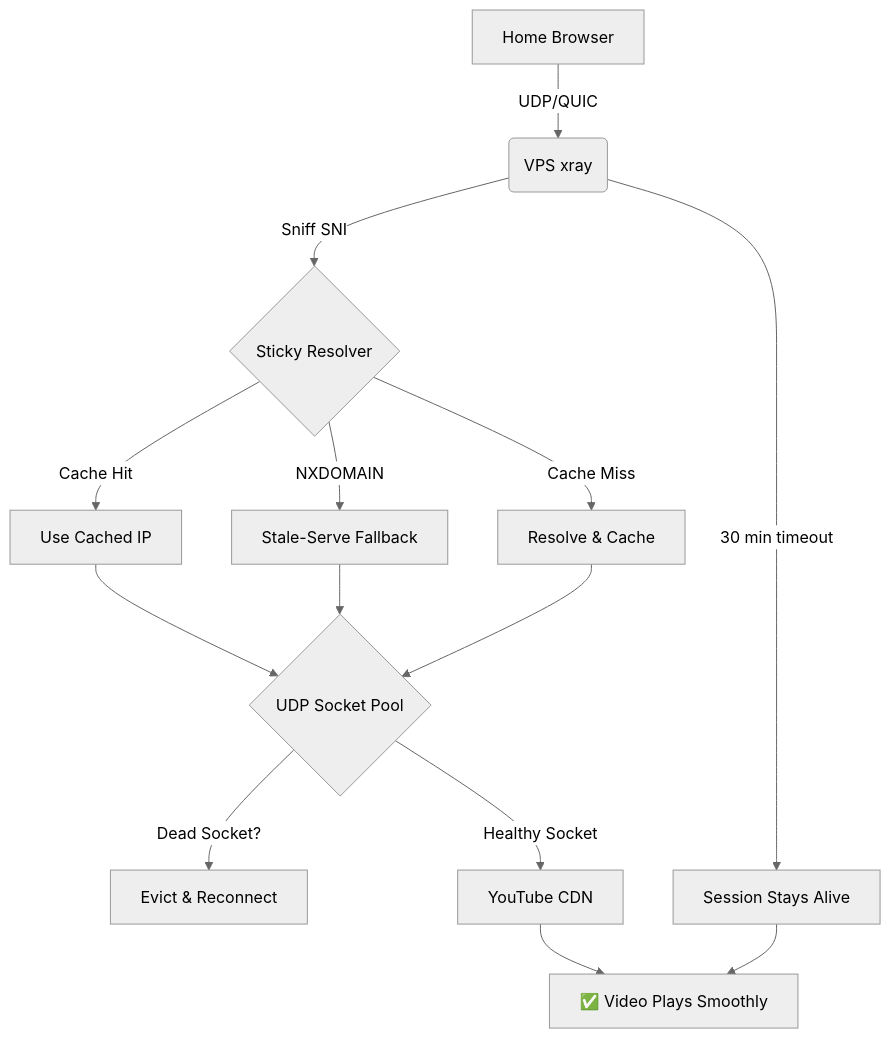
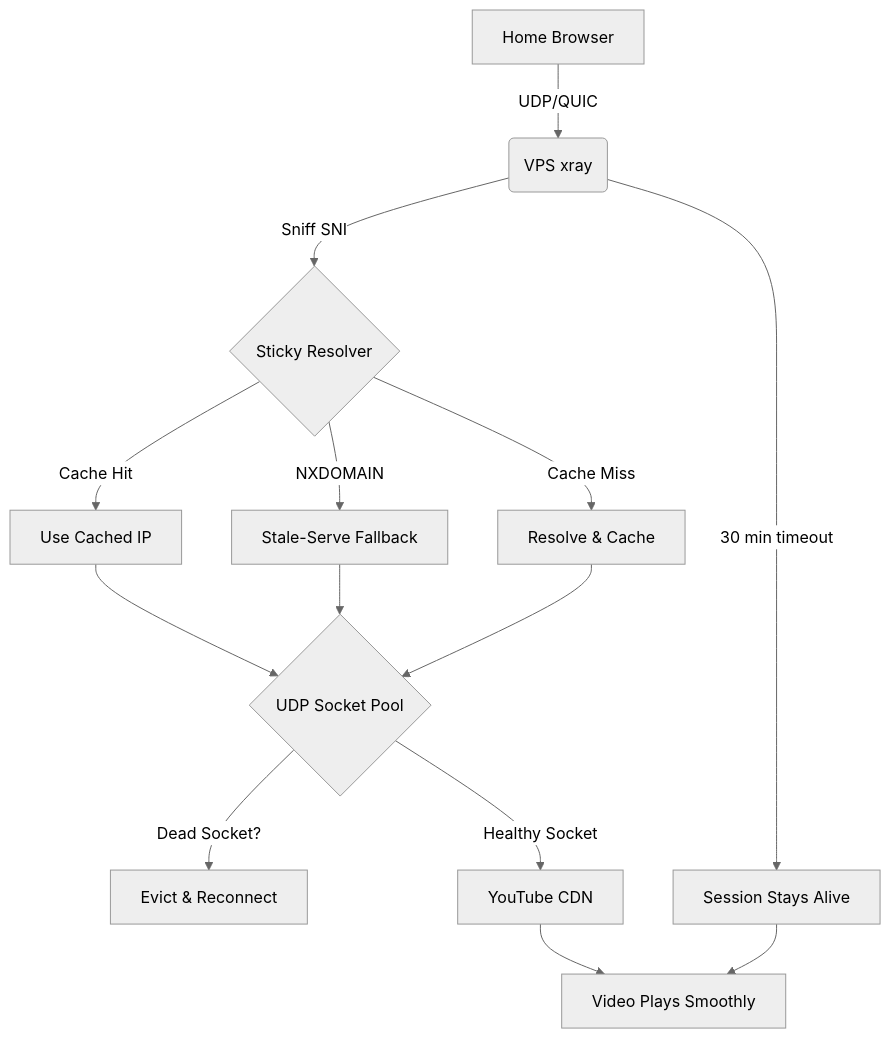
Before and after one commit to cddeppe/Xray-core: the second of 2 diagrams in README.md, drawn with Mermaid (neutral theme). The commit also changed other lines of this file, not shown here.

````diff
--- a/README.md
+++ b/README.md
@@ -85,16 +112,16 @@
 ```mermaid
 graph TD
     A[Home Browser] -->|UDP/QUIC| B(VPS xray)
     B -->|Sniff SNI| C{Sticky Resolver}
     C -->|Cache Hit| D[Use Cached IP]
     C -->|NXDOMAIN| E[Stale-Serve Fallback]
     C -->|Cache Miss| F[Resolve & Cache]
     D --> G{UDP Socket Pool}
     E --> G
     F --> G
     G -->|Dead Socket?| H[Evict & Reconnect]
     G -->|Healthy Socket| I[YouTube CDN]
-    I --> J[✅ Video Plays Smoothly]
+    I --> J[Video Plays Smoothly]
     B -->|30 min timeout| K[Session Stays Alive]
     K --> J
 ```
````
